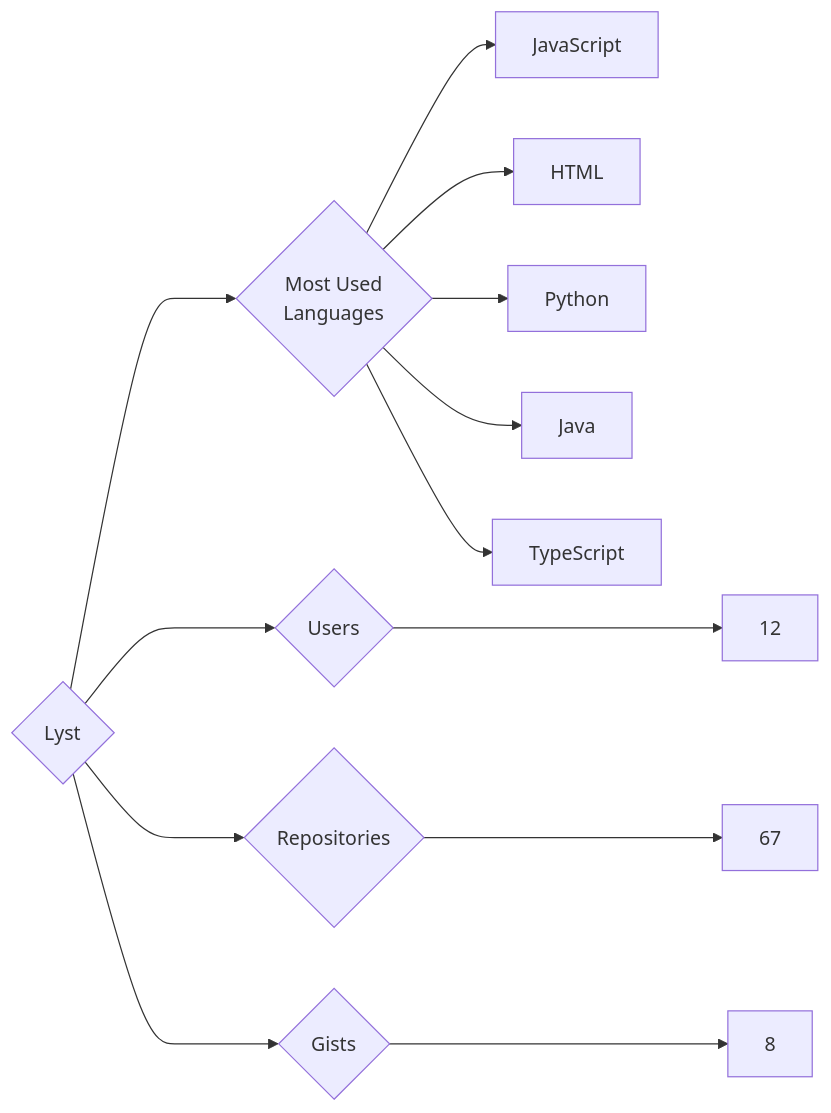
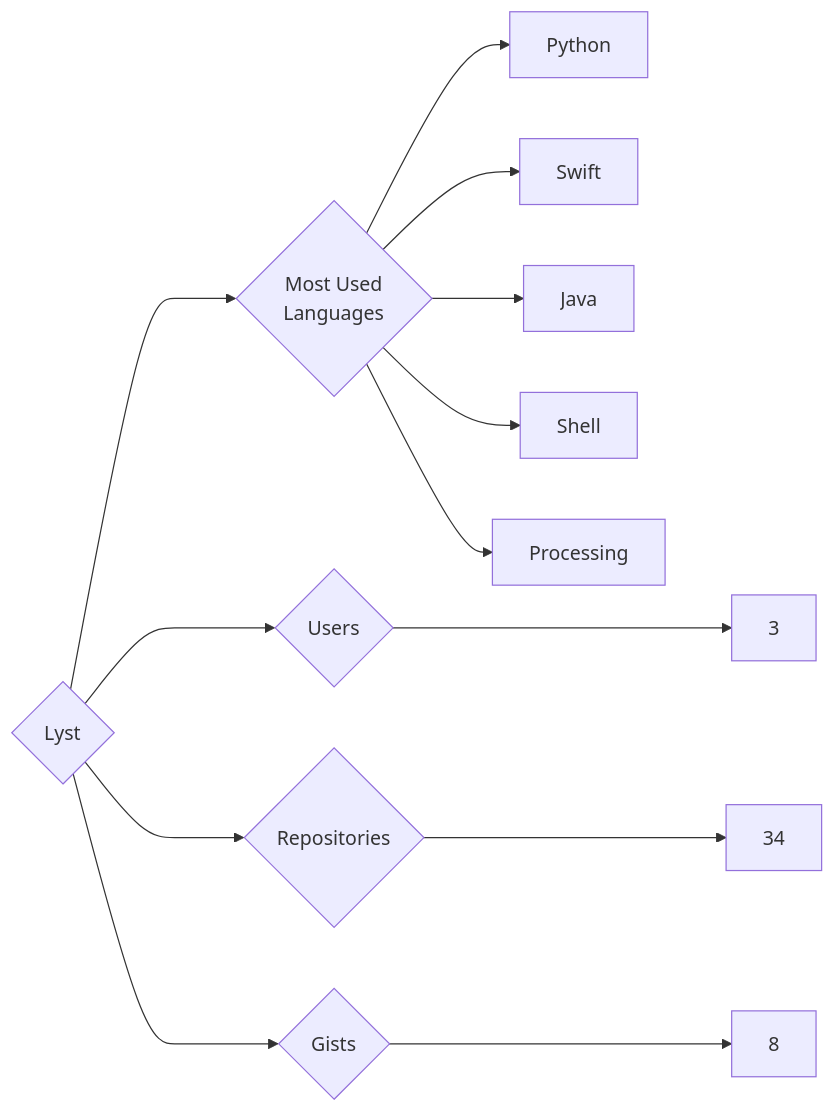
The diagram in targets/Lyst/README.md (trickest/insiders), drawn with Mermaid before and after one commit. The commit also changed 873 other files, not shown here.

````diff
--- a/targets/Lyst/README.md
+++ b/targets/Lyst/README.md
@@ -3,13 +3,13 @@
 ```mermaid
 graph LR
 COMPANY_NAME{Lyst}
-COMPANY_NAME ---> U{Users} ---> UN[12]
-COMPANY_NAME ---> R{Repositories} ---> RN[67]
+COMPANY_NAME ---> U{Users} ---> UN[3]
+COMPANY_NAME ---> R{Repositories} ---> RN[34]
 COMPANY_NAME ---> G{Gists} ---> GN[8]
 COMPANY_NAME ---> ML{Most Used<br>Languages}
-ML --> JavaScript[JavaScript]
-ML --> HTML[HTML]
 ML --> Python[Python]
+ML --> Swift[Swift]
 ML --> Java[Java]
-ML --> TypeScript[TypeScript]
+ML --> Shell[Shell]
+ML --> Processing[Processing]
 ```
````
